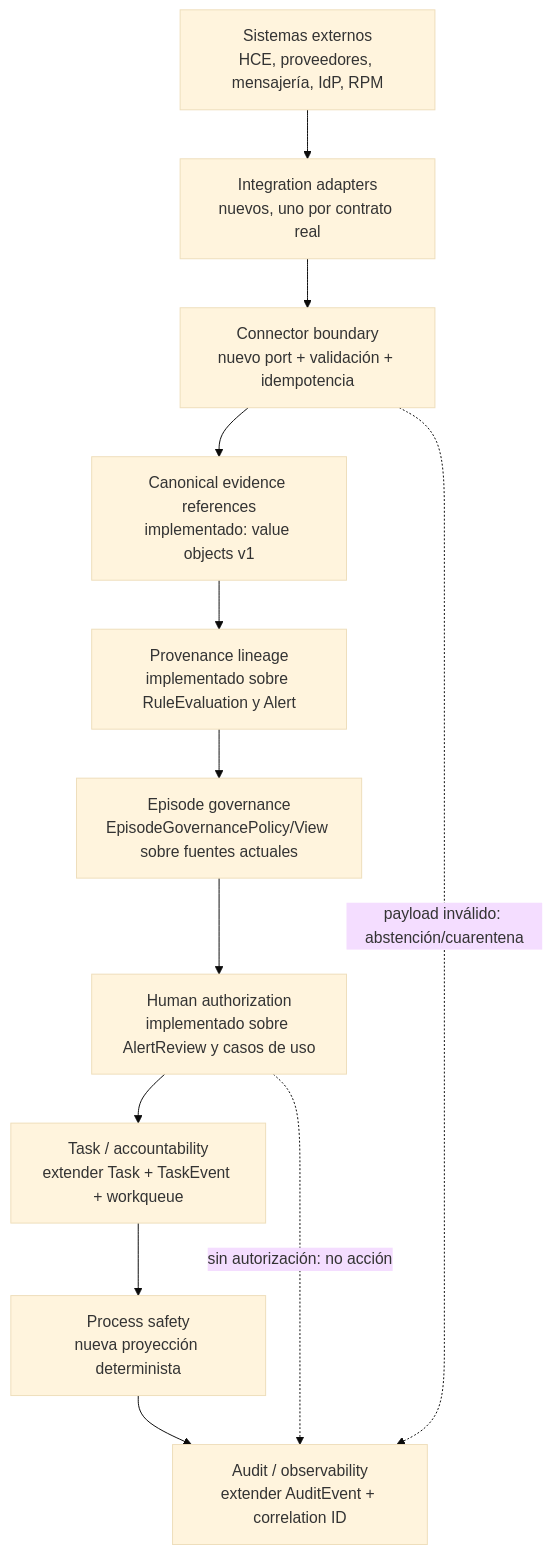
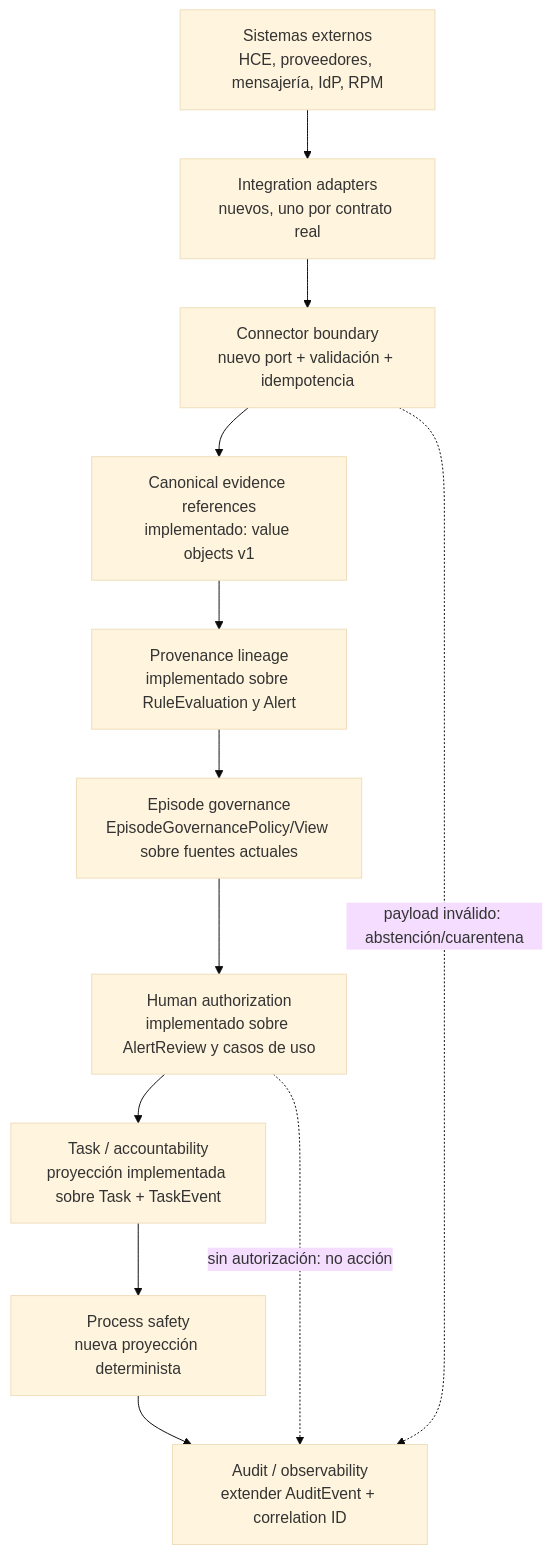
The first of 2 diagrams in docs/architecture/gas2-target-architecture.md (Luis195f/guardian-alta-segura), drawn with Mermaid (base theme) before and after one commit. The commit also changed other lines of this file and 20 other files, not shown here.

Commit message:
feat(gas2): add technical task accountability (#16)

````diff
--- a/docs/architecture/gas2-target-architecture.md
+++ b/docs/architecture/gas2-target-architecture.md
@@ -12,26 +12,26 @@
 ```mermaid
 flowchart TB
   EXT["Sistemas externos<br/>HCE, proveedores, mensajería, IdP, RPM"]
   ADAPTERS["Integration adapters<br/>nuevos, uno por contrato real"]
   CONNECTOR["Connector boundary<br/>nuevo port + validación + idempotencia"]
   SIGNAL["Canonical evidence references<br/>implementado: value objects v1"]
   PROV["Provenance lineage<br/>implementado sobre RuleEvaluation y Alert"]
   EPISODE["Episode governance<br/>EpisodeGovernancePolicy/View sobre fuentes actuales"]
   HUMAN["Human authorization<br/>implementado sobre AlertReview y casos de uso"]
-  TASK["Task / accountability<br/>extender Task + TaskEvent + workqueue"]
+  TASK["Task / accountability<br/>proyección implementada sobre Task + TaskEvent"]
   PROCESS["Process safety<br/>nueva proyección determinista"]
   EVIDENCE["Audit / observability<br/>extender AuditEvent + correlation ID"]
 
   EXT --> ADAPTERS
   ADAPTERS --> CONNECTOR
   CONNECTOR --> SIGNAL
   SIGNAL --> PROV
   PROV --> EPISODE
   EPISODE --> HUMAN
   HUMAN --> TASK
   TASK --> PROCESS
   PROCESS --> EVIDENCE
 
   HUMAN -. "sin autorización: no acción" .-> EVIDENCE
   CONNECTOR -. "payload inválido: abstención/cuarentena" .-> EVIDENCE
 ```
````
